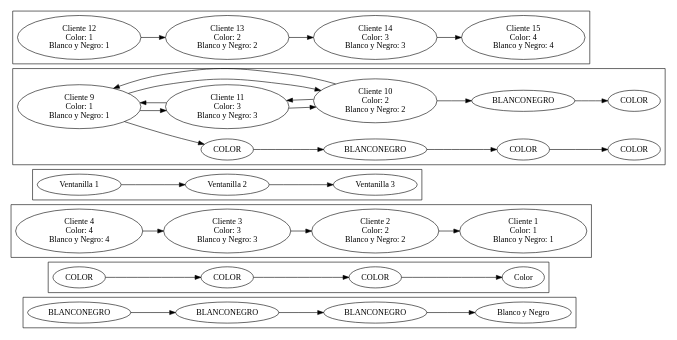
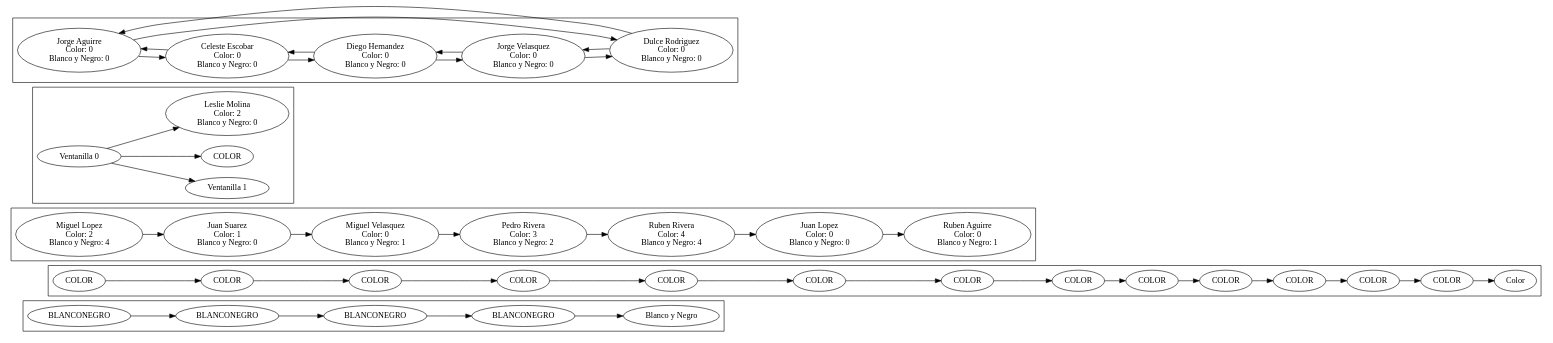
Before and after one commit to xhuniktzi/EDD_PROYECTO_201900462: the diagram in report.dot, drawn with Graphviz. The commit also changed 8 other files, not shown here.

```diff
--- a/report.dot
+++ b/report.dot
@@ -1,85 +1,106 @@
 digraph G{
 rankdir=LR;
 subgraph clusterPrintBN {
-f6ea97accb94e77b216b5cdd681c38d[label="BLANCONEGRO"];
-f6ea97accb94e77b216b5cdd681c38d->e59b6fc9f374759a7b3d3b066672398;
-e59b6fc9f374759a7b3d3b066672398[label="BLANCONEGRO"];
-e59b6fc9f374759a7b3d3b066672398->ffd849c7249708fc746b19548b208;
-ffd849c7249708fc746b19548b208[label="BLANCONEGRO"];
+fd638b7594b24967b5c8ce1fe8f1b[label="BLANCONEGRO"];
+fd638b7594b24967b5c8ce1fe8f1b->aadbad2dd340cebfd79138dc9dcc39;
+aadbad2dd340cebfd79138dc9dcc39[label="BLANCONEGRO"];
+aadbad2dd340cebfd79138dc9dcc39->d139238011a4606a1b4fe1bd17176bf;
+d139238011a4606a1b4fe1bd17176bf[label="BLANCONEGRO"];
+d139238011a4606a1b4fe1bd17176bf->ae4cabd5aa40838caae79cc1827758;
+ae4cabd5aa40838caae79cc1827758[label="BLANCONEGRO"];
 BN[label="Blanco y Negro"];
-ffd849c7249708fc746b19548b208-> BN;
+ae4cabd5aa40838caae79cc1827758-> BN;
 }subgraph clusterPrintColor {
-cd7198677ce440b8eee3169737581cd[label="COLOR"];
-cd7198677ce440b8eee3169737581cd->d6553944e2c4db9b467d068a79389a9;
-d6553944e2c4db9b467d068a79389a9[label="COLOR"];
-d6553944e2c4db9b467d068a79389a9->b57a63d8bf54920a9b6f6c8f6187df7;
-b57a63d8bf54920a9b6f6c8f6187df7[label="COLOR"];
+bb013411c64e97884f41f7678dbda9[label="COLOR"];
+bb013411c64e97884f41f7678dbda9->c8b5c34a52b907030c29298b3b;
+c8b5c34a52b907030c29298b3b[label="COLOR"];
+c8b5c34a52b907030c29298b3b->bdbcd14132c4ec78d0daafd7490946b;
+bdbcd14132c4ec78d0daafd7490946b[label="COLOR"];
+bdbcd14132c4ec78d0daafd7490946b->b4ed85013e4e119a30117907a6b7a5;
+b4ed85013e4e119a30117907a6b7a5[label="COLOR"];
+b4ed85013e4e119a30117907a6b7a5->eba7fd749a0b4e1d8fafe8fcd39;
+eba7fd749a0b4e1d8fafe8fcd39[label="COLOR"];
+eba7fd749a0b4e1d8fafe8fcd39->aa02d334498abc8a0c61d15f7fa8;
+aa02d334498abc8a0c61d15f7fa8[label="COLOR"];
+aa02d334498abc8a0c61d15f7fa8->bb1fc81fd4f5bb360a2c5babb21f0;
+bb1fc81fd4f5bb360a2c5babb21f0[label="COLOR"];
+bb1fc81fd4f5bb360a2c5babb21f0->b84c06c4b9fa41ad936873ac796;
+b84c06c4b9fa41ad936873ac796[label="COLOR"];
+b84c06c4b9fa41ad936873ac796->e651e4e92b2a454adcd83542c;
+e651e4e92b2a454adcd83542c[label="COLOR"];
+e651e4e92b2a454adcd83542c->dde2541cfb897279cb81907f7;
+dde2541cfb897279cb81907f7[label="COLOR"];
+dde2541cfb897279cb81907f7->f252984965955ed1a61cf9bbd9;
+f252984965955ed1a61cf9bbd9[label="COLOR"];
+f252984965955ed1a61cf9bbd9->edf264c2a4410a9b6bec98c692a85;
+edf264c2a4410a9b6bec98c692a85[label="COLOR"];
+edf264c2a4410a9b6bec98c692a85->d5a3fa7c4469a9de490cd6687248d;
+d5a3fa7c4469a9de490cd6687248d[label="COLOR"];
 C[label="Color"];
-b57a63d8bf54920a9b6f6c8f6187df7-> C;
+d5a3fa7c4469a9de490cd6687248d-> C;
 }subgraph clusterColaRecepcion {
-e6d989aa49ccbbdb28087566291c[label=" Cliente 4
+bf39e6f6406a8fe334b037b6e695[label=" Miguel Lopez
+ Color: 2
+ Blanco y Negro: 4 "];
+bf39e6f6406a8fe334b037b6e695->c317fe487a94fbcd04a9434eca;
+c317fe487a94fbcd04a9434eca[label=" Juan Suarez
+ Color: 1
+ Blanco y Negro: 0 "];
+c317fe487a94fbcd04a9434eca->e27a940debd0eb3e9e072680f;
+e27a940debd0eb3e9e072680f[label=" Miguel Velasquez
+ Color: 0
+ Blanco y Negro: 1 "];
+e27a940debd0eb3e9e072680f->f65c7de01e848a58bfcf315c525620b;
+f65c7de01e848a58bfcf315c525620b[label=" Pedro Rivera
+ Color: 3
+ Blanco y Negro: 2 "];
+f65c7de01e848a58bfcf315c525620b->dccb7a26a0642f8b7f65771578882fd;
+dccb7a26a0642f8b7f65771578882fd[label=" Ruben Rivera
  Color: 4
  Blanco y Negro: 4 "];
-e6d989aa49ccbbdb28087566291c->c0d47388345b7a893ebecf05c907d;
-c0d47388345b7a893ebecf05c907d[label=" Cliente 3
- Color: 3
- Blanco y Negro: 3 "];
-c0d47388345b7a893ebecf05c907d->dfa47d5a611496780d15bcff7a74d8e;
-dfa47d5a611496780d15bcff7a74d8e[label=" Cliente 2
- Color: 2
- Blanco y Negro: 2 "];
-dfa47d5a611496780d15bcff7a74d8e->b9b2403664339b167bda8f20639df;
-b9b2403664339b167bda8f20639df[label=" Cliente 1
- Color: 1
+dccb7a26a0642f8b7f65771578882fd->d3c6380199a4992bdd40e76cb074b88;
+d3c6380199a4992bdd40e76cb074b88[label=" Juan Lopez
+ Color: 0
+ Blanco y Negro: 0 "];
+d3c6380199a4992bdd40e76cb074b88->de7881824f4484da4859e45881e4515;
+de7881824f4484da4859e45881e4515[label=" Ruben Aguirre
+ Color: 0
  Blanco y Negro: 1 "];
 }subgraph clusterListaVentanillas {
-cd748ed3141b7b7946b4d4acc0021[label=" Ventanilla 1 "];
-cd748ed3141b7b7946b4d4acc0021->b9413c3ded34665a48fb5a016eb6739;
-b9413c3ded34665a48fb5a016eb6739[label=" Ventanilla 2 "];
-b9413c3ded34665a48fb5a016eb6739->bcf4bee4dc0ae05f042e02bd197;
-bcf4bee4dc0ae05f042e02bd197[label=" Ventanilla 3 "];
+cedf3725f42da92b260af023b0fcb[label=" Ventanilla 0 "];
+cedf3725f42da92b260af023b0fcb->ecb1052f3154018b116dff55d56bf2d;
+cedf3725f42da92b260af023b0fcb->fac43a541cc80b98365f0174cc7;
+fac43a541cc80b98365f0174cc7[label="COLOR"];
+fa68df62449495ed2127d44040d1[label="Leslie Molina
+ Color: 2
+ Blanco y Negro: 0"];
+cedf3725f42da92b260af023b0fcb->fa68df62449495ed2127d44040d1;
+ecb1052f3154018b116dff55d56bf2d[label=" Ventanilla 1 "];
 }subgraph clusterListaEspera {
-ff0274558145a4955b0d96b5841f4f->a2c1d4135f84adf850eb3557dde6328;
-a2c1d4135f84adf850eb3557dde6328[label="COLOR"];
-a2c1d4135f84adf850eb3557dde6328->b3bca0485348278bbea76432daf703;
-b3bca0485348278bbea76432daf703[label="BLANCONEGRO"];
-b3bca0485348278bbea76432daf703->ac42f87cc63485cad39ab005eb41671;
-ac42f87cc63485cad39ab005eb41671[label="COLOR"];
-ac42f87cc63485cad39ab005eb41671->b3e994a999e41d88e6b062963e4b8c9;
-b3e994a999e41d88e6b062963e4b8c9[label="COLOR"];
-ff0274558145a4955b0d96b5841f4f[label="Cliente 9
- Color: 1
- Blanco y Negro: 1"];
-ff0274558145a4955b0d96b5841f4f->bf7b6c473742d8b9d1ffb89fdaa940;
-ff0274558145a4955b0d96b5841f4f->db7506f74844bd85a22f06dcb2690c;
-db7506f74844bd85a22f06dcb2690c->ae54443cb1e0ed153c5af002;
-ae54443cb1e0ed153c5af002[label="BLANCONEGRO"];
-ae54443cb1e0ed153c5af002->da372e67798479695fc95ea522d4015;
-da372e67798479695fc95ea522d4015[label="COLOR"];
-db7506f74844bd85a22f06dcb2690c[label="Cliente 10
- Color: 2
- Blanco y Negro: 2"];
-db7506f74844bd85a22f06dcb2690c->ff0274558145a4955b0d96b5841f4f;
-db7506f74844bd85a22f06dcb2690c->bf7b6c473742d8b9d1ffb89fdaa940;
-bf7b6c473742d8b9d1ffb89fdaa940[label="Cliente 11
- Color: 3
- Blanco y Negro: 3"];
-bf7b6c473742d8b9d1ffb89fdaa940->db7506f74844bd85a22f06dcb2690c;
-bf7b6c473742d8b9d1ffb89fdaa940->ff0274558145a4955b0d96b5841f4f;
+bf163021db2436f80d234c6982b29a2[label="Jorge Aguirre
+ Color: 0
+ Blanco y Negro: 0"];
+bf163021db2436f80d234c6982b29a2->fd6a1ad341c99fbe957536d8305c;
+bf163021db2436f80d234c6982b29a2->cc820a80a684ffdad17c6b2166883ea;
+cc820a80a684ffdad17c6b2166883ea[label="Dulce Rodriguez
+ Color: 0
+ Blanco y Negro: 0"];
+cc820a80a684ffdad17c6b2166883ea->bf163021db2436f80d234c6982b29a2;
+cc820a80a684ffdad17c6b2166883ea->fb84f64c6f4155b0f8db526dc64373;
+fb84f64c6f4155b0f8db526dc64373[label="Jorge Velasquez
+ Color: 0
+ Blanco y Negro: 0"];
+fb84f64c6f4155b0f8db526dc64373->cc820a80a684ffdad17c6b2166883ea;
+fb84f64c6f4155b0f8db526dc64373->cea6355d4e38bbf6d7af74db9135;
+cea6355d4e38bbf6d7af74db9135[label="Diego Hernandez
+ Color: 0
+ Blanco y Negro: 0"];
+cea6355d4e38bbf6d7af74db9135->fb84f64c6f4155b0f8db526dc64373;
+cea6355d4e38bbf6d7af74db9135->fd6a1ad341c99fbe957536d8305c;
+fd6a1ad341c99fbe957536d8305c[label="Celeste Escobar
+ Color: 0
+ Blanco y Negro: 0"];
+fd6a1ad341c99fbe957536d8305c->cea6355d4e38bbf6d7af74db9135;
+fd6a1ad341c99fbe957536d8305c->bf163021db2436f80d234c6982b29a2;
 }subgraph clusterListaAtendidos {
-bd91bdd352344fab9ea9cfcd0c65a19[label="Cliente 12
- Color: 1
- Blanco y Negro: 1"];
-bd91bdd352344fab9ea9cfcd0c65a19->beb442c242b782d0a93c65d920f3;
-beb442c242b782d0a93c65d920f3[label="Cliente 13
- Color: 2
- Blanco y Negro: 2"];
-beb442c242b782d0a93c65d920f3->cd1dddece454880a8a2d8471707fdda;
-cd1dddece454880a8a2d8471707fdda[label="Cliente 14
- Color: 3
- Blanco y Negro: 3"];
-cd1dddece454880a8a2d8471707fdda->afe964deba1dc0e7a47697944;
-afe964deba1dc0e7a47697944[label="Cliente 15
- Color: 4
- Blanco y Negro: 4"];
 }}
```
